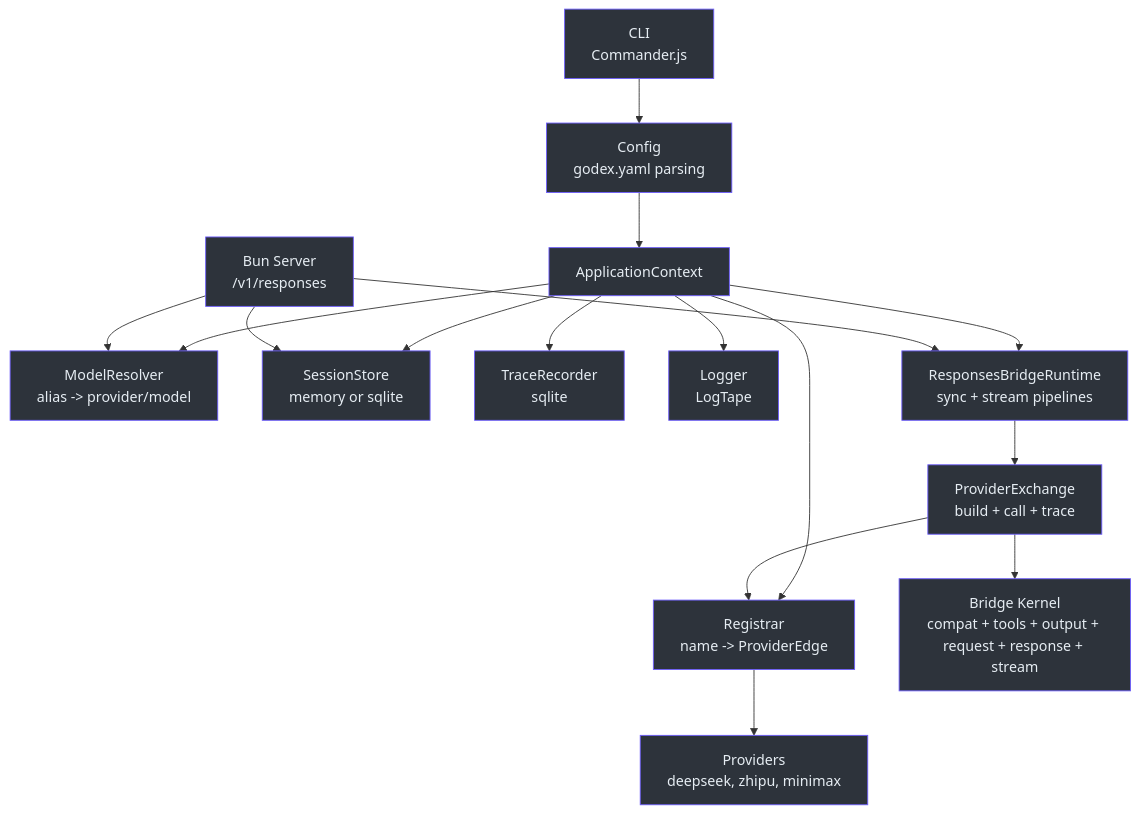
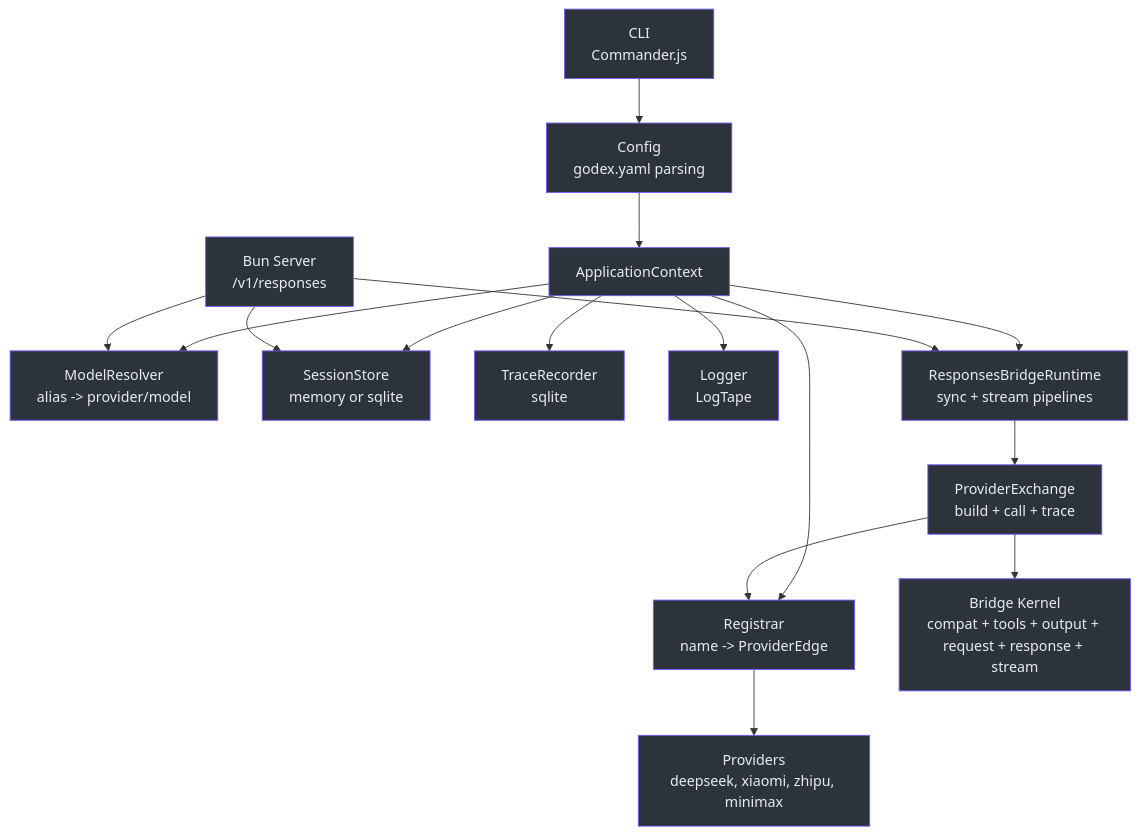
One commit to zamelee/GodeX changed the first of 3 diagrams in wiki/onboarding/staff-engineer-guide.md. Above: the diagram before and after it, drawn with Mermaid. The commit also changed 32 other files, not shown here.

````diff
--- a/wiki/onboarding/staff-engineer-guide.md
+++ b/wiki/onboarding/staff-engineer-guide.md
@@ -157,46 +157,46 @@
 ```mermaid
 graph TB
   CLI["CLI<br>Commander.js"]
   Config["Config<br>godex.yaml parsing"]
   AppCtx["ApplicationContext"]
   Resolver["ModelResolver<br>alias -> provider/model"]
   Registrar["Registrar<br>name -> ProviderEdge"]
   Session["SessionStore<br>memory or sqlite"]
   Trace["TraceRecorder<br>sqlite"]
   Logger["Logger<br>LogTape"]
   Bridge["Bridge Kernel<br>compat + tools + output + request + response + stream"]
   Runtime["ResponsesBridgeRuntime<br>sync + stream pipelines"]
   Exchange["ProviderExchange<br>build + call + trace"]
   Server["Bun Server<br>/v1/responses"]
-  Providers["Providers<br>deepseek, zhipu, minimax"]
+  Providers["Providers<br>deepseek, xiaomi, zhipu, minimax"]
 
   CLI --> Config
   Config --> AppCtx
   AppCtx --> Resolver
   AppCtx --> Registrar
   AppCtx --> Session
   AppCtx --> Trace
   AppCtx --> Logger
   AppCtx --> Runtime
   Runtime --> Exchange
   Exchange --> Bridge
   Exchange --> Registrar
   Registrar --> Providers
   Server --> Runtime
   Server --> Resolver
   Server --> Session
 
   style CLI fill:#2d333b,stroke:#6d5dfc,color:#e6edf3
   style Config fill:#2d333b,stroke:#6d5dfc,color:#e6edf3
   style AppCtx fill:#2d333b,stroke:#6d5dfc,color:#e6edf3
   style Resolver fill:#2d333b,stroke:#6d5dfc,color:#e6edf3
   style Registrar fill:#2d333b,stroke:#6d5dfc,color:#e6edf3
   style Session fill:#2d333b,stroke:#6d5dfc,color:#e6edf3
   style Trace fill:#2d333b,stroke:#6d5dfc,color:#e6edf3
   style Logger fill:#2d333b,stroke:#6d5dfc,color:#e6edf3
   style Bridge fill:#2d333b,stroke:#6d5dfc,color:#e6edf3
   style Runtime fill:#2d333b,stroke:#6d5dfc,color:#e6edf3
   style Exchange fill:#2d333b,stroke:#6d5dfc,color:#e6edf3
   style Server fill:#2d333b,stroke:#6d5dfc,color:#e6edf3
   style Providers fill:#2d333b,stroke:#6d5dfc,color:#e6edf3
 ```
````
